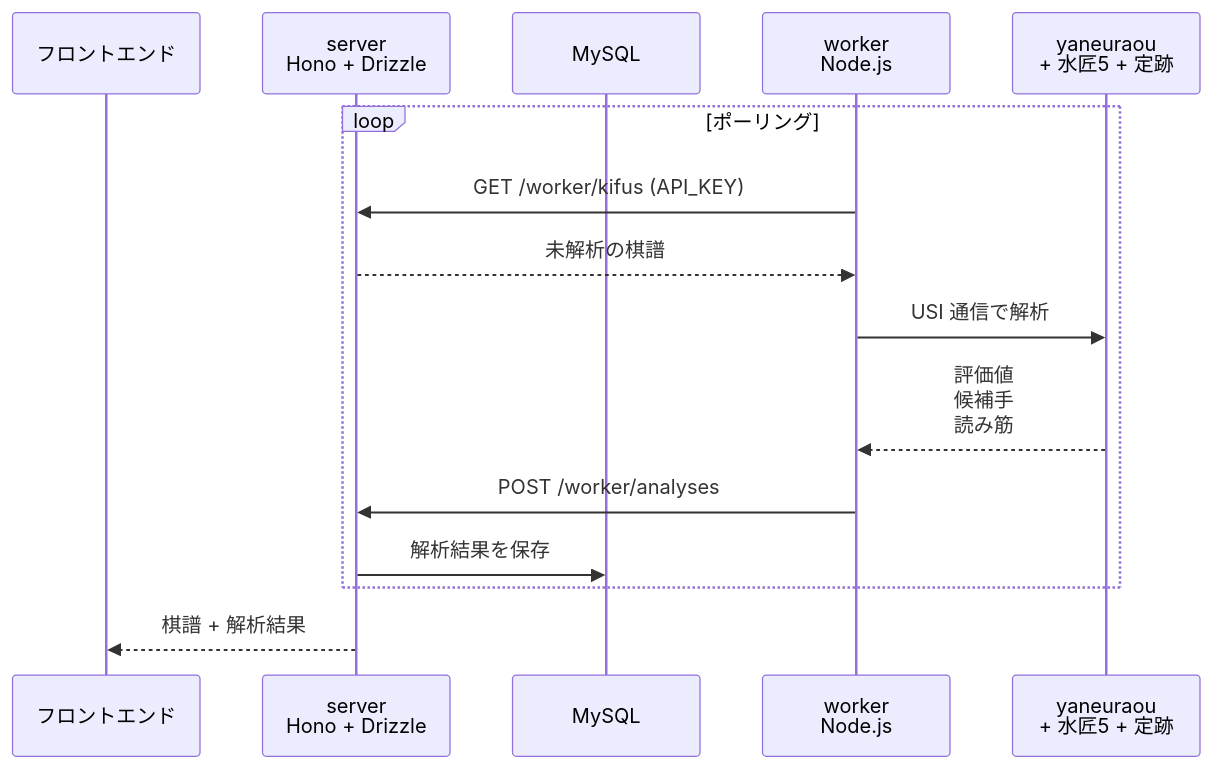
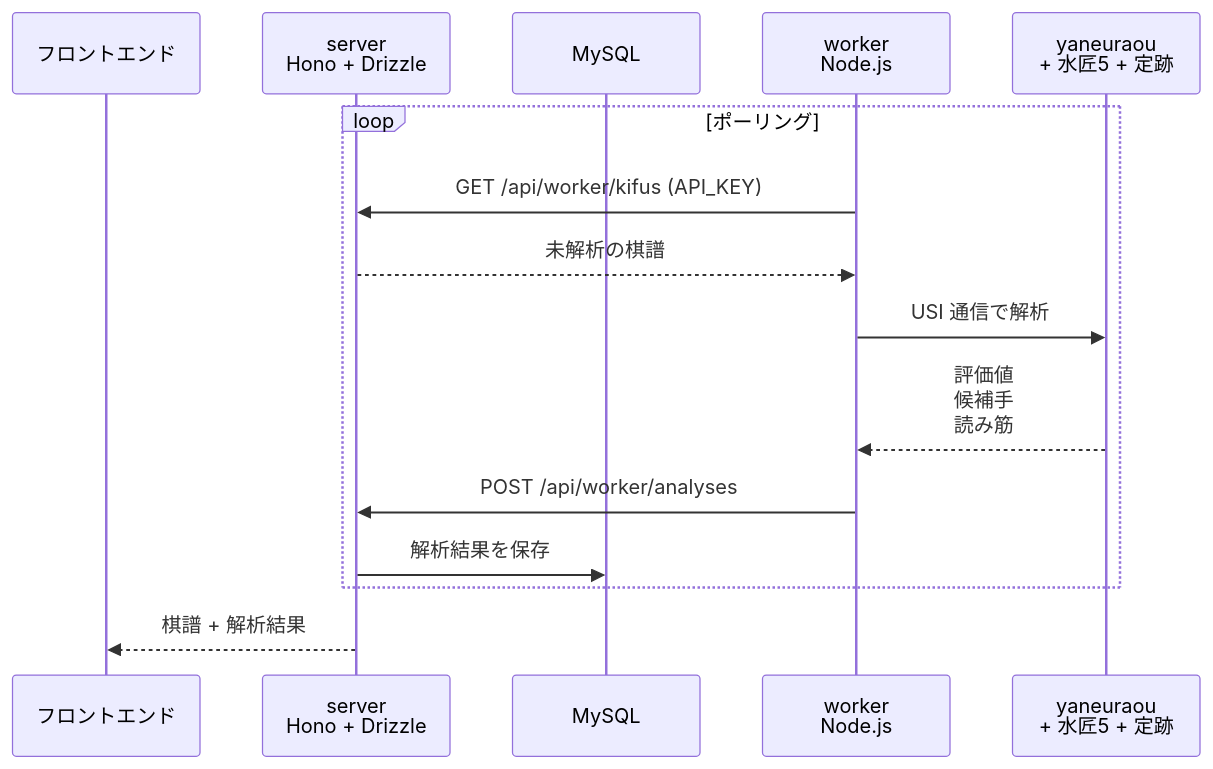
One commit to Daiius/seseraki changed the second of 2 diagrams in README.md. Above: the diagram before and after it, drawn with Mermaid. The commit also changed other lines of this file and 20 other files, not shown here.

````diff
--- a/README.md
+++ b/README.md
@@ -36,19 +36,19 @@
 ```mermaid
 sequenceDiagram
     participant W as フロントエンド
     participant S as server<br/>Hono + Drizzle
     participant DB as MySQL
     participant WK as worker<br/>Node.js
     participant E as yaneuraou<br/>+ 水匠5 + 定跡
 
     loop ポーリング
-        WK->>S: GET /worker/kifus (API_KEY)
+        WK->>S: GET /api/worker/kifus (API_KEY)
         S-->>WK: 未解析の棋譜
         WK->>E: USI 通信で解析
         E-->>WK: 評価値<br>候補手<br>読み筋
-        WK->>S: POST /worker/analyses
+        WK->>S: POST /api/worker/analyses
         S->>DB: 解析結果を保存
     end
 
     S-->>W: 棋譜 + 解析結果
 ```
````
